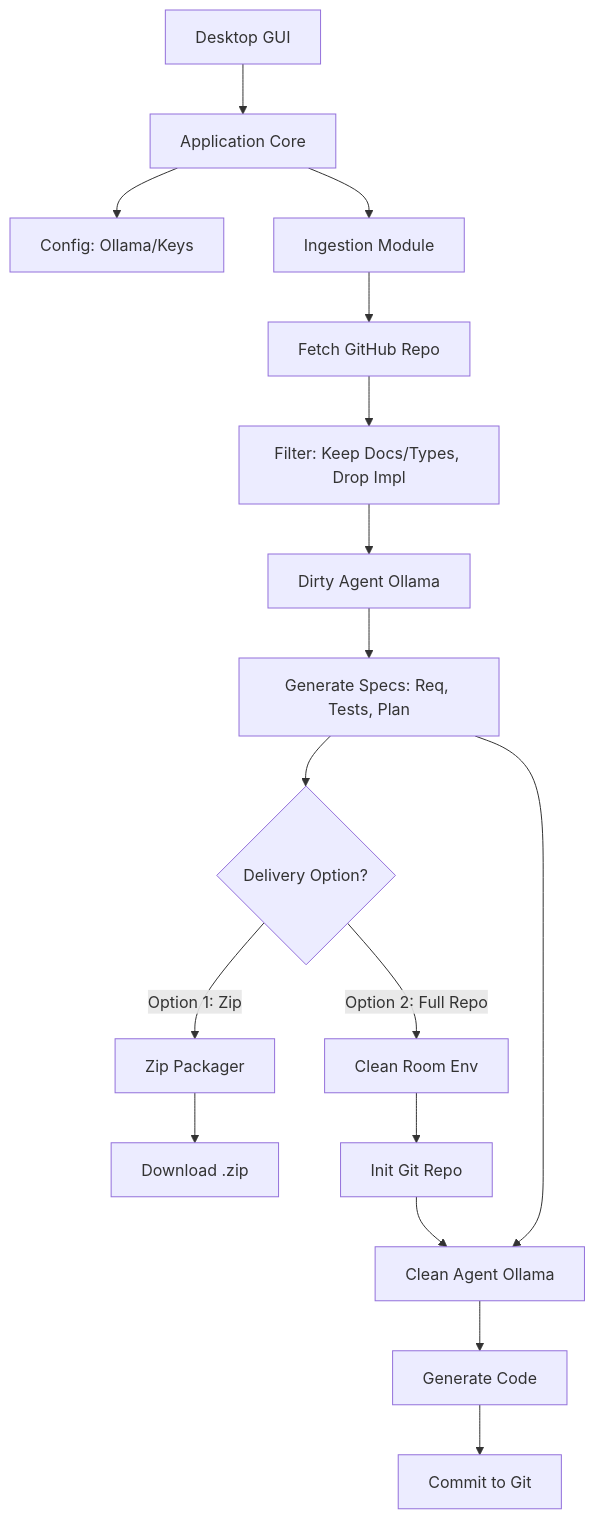
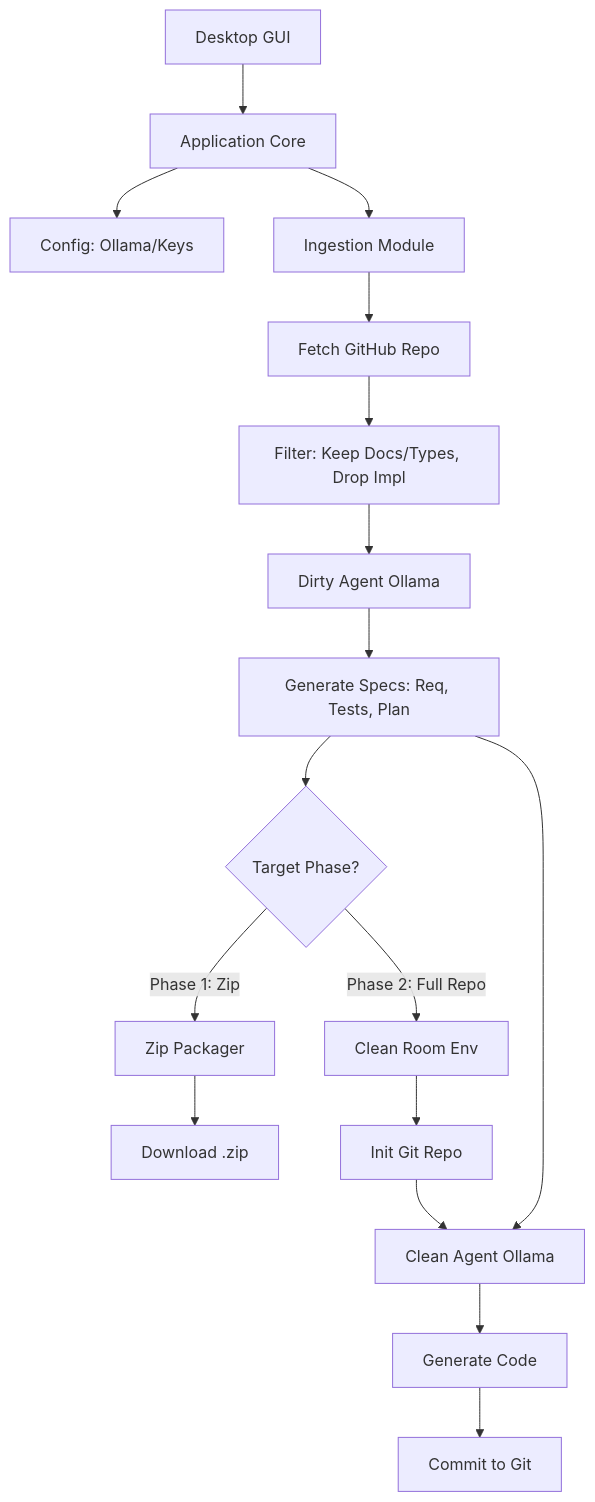
One commit to Ciemaar/Spite changed the diagram in REQUIREMENTS.md. Above: the diagram before and after it, drawn with Mermaid. The commit also changed other lines of this file and 3 other files, not shown here.

First line of the commit message:
docs: Refactor planning documents for Python desktop app architecture

````diff
--- a/REQUIREMENTS.md
+++ b/REQUIREMENTS.md
@@ -72,24 +93,24 @@
 ```mermaid
 graph TD
     UI[Desktop GUI] --> Core[Application Core]
     Core --> Config[Config: Ollama/Keys]
 
     Core --> Ingest[Ingestion Module]
     Ingest --> Fetch[Fetch GitHub Repo]
     Fetch --> Filter[Filter: Keep Docs/Types, Drop Impl]
 
     Filter --> DirtyAgent[Dirty Agent Ollama]
     DirtyAgent --> Specs[Generate Specs: Req, Tests, Plan]
 
-    Specs --> DelivOpt{Delivery Option?}
+    Specs --> TargetPhase{Target Phase?}
 
-    DelivOpt -- Option 1: Zip --> Packager[Zip Packager]
+    TargetPhase -- Phase 1: Zip --> Packager[Zip Packager]
     Packager --> Download[Download .zip]
 
-    DelivOpt -- Option 2: Full Repo --> CleanRoom[Clean Room Env]
+    TargetPhase -- Phase 2: Full Repo --> CleanRoom[Clean Room Env]
     CleanRoom --> InitGit[Init Git Repo]
     InitGit --> CleanAgent[Clean Agent Ollama]
     Specs --> CleanAgent
     CleanAgent --> GenCode[Generate Code]
     GenCode --> Commit[Commit to Git]
 ```
````
